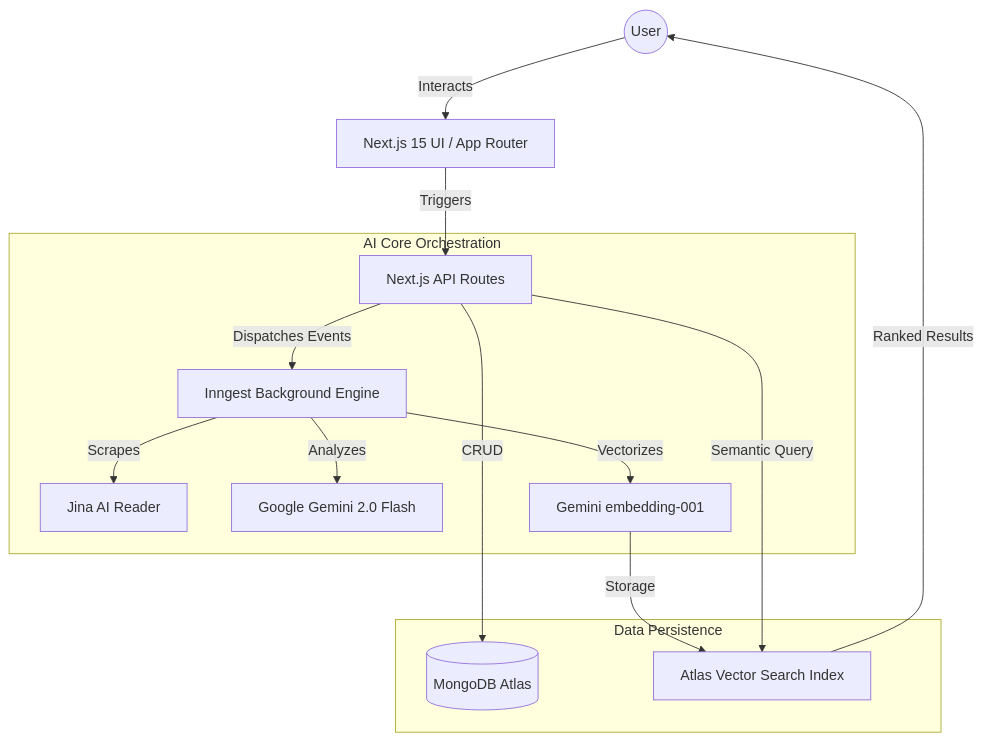
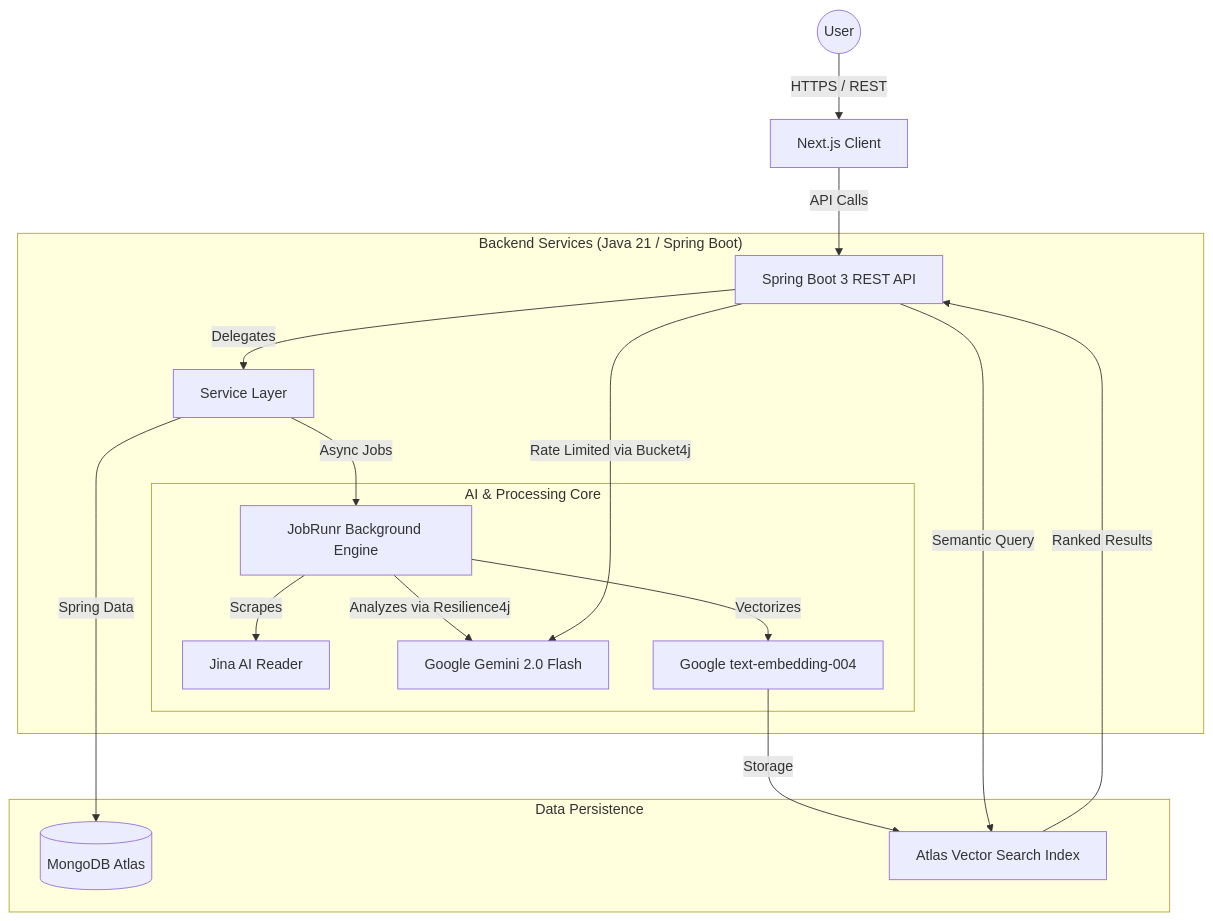
One commit to Animesh-86/NextLevel changed the diagram in README.md. Above: the diagram before and after it, drawn with Mermaid. The commit also changed other lines of this file and 58 other files, not shown here.

````diff
--- a/README.md
+++ b/README.md
@@ -9,20 +19,26 @@
 ```mermaid
 graph TD
-    User((User)) -->|Interacts| Frontend[Next.js 15 UI / App Router]
-    Frontend -->|Triggers| API[Next.js API Routes]
+    User((User)) -->|HTTPS / REST| Frontend[Next.js Client]
+    Frontend -->|API Calls| API[Spring Boot 3 REST API]
     
-    subgraph "AI Core Orchestration"
-        API -->|Dispatches Events| Inngest[Inngest Background Engine]
-        Inngest -->|Scrapes| Jina[Jina AI Reader]
-        Inngest -->|Analyzes| Gemini[Google Gemini 2.0 Flash]
-        Inngest -->|Vectorizes| Embeddings[Gemini embedding-001]
+    subgraph "Backend Services (Java 21 / Spring Boot)"
+        API -->|Delegates| Services[Service Layer]
+        Services -->|Async Jobs| JobRunr[JobRunr Background Engine]
+        
+        subgraph "AI & Processing Core"
+            JobRunr -->|Scrapes| Jina[Jina AI Reader]
+            JobRunr -->|Analyzes via Resilience4j| Gemini[Google Gemini 2.0 Flash]
+            JobRunr -->|Vectorizes| Embeddings[Google text-embedding-004]
+        end
+        
+        API -->|Rate Limited via Bucket4j| Gemini
     end
 
     subgraph "Data Persistence"
-        API -->|CRUD| Mongo[(MongoDB Atlas)]
+        Services -->|Spring Data| Mongo[(MongoDB Atlas)]
         Embeddings -->|Storage| VectorIdx[Atlas Vector Search Index]
     end
 
     API -->|Semantic Query| VectorIdx
-    VectorIdx -->|Ranked Results| User
+    VectorIdx -->|Ranked Results| API
 ```
````
